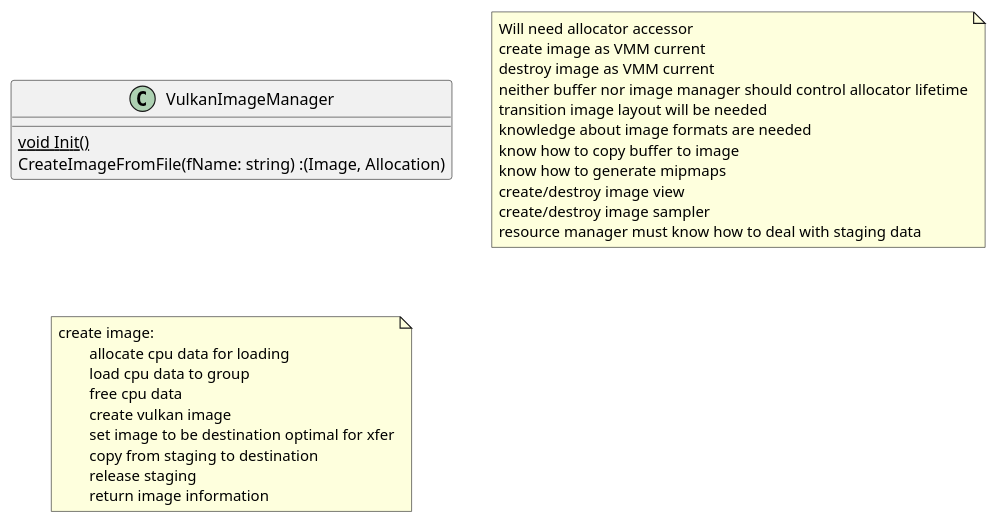
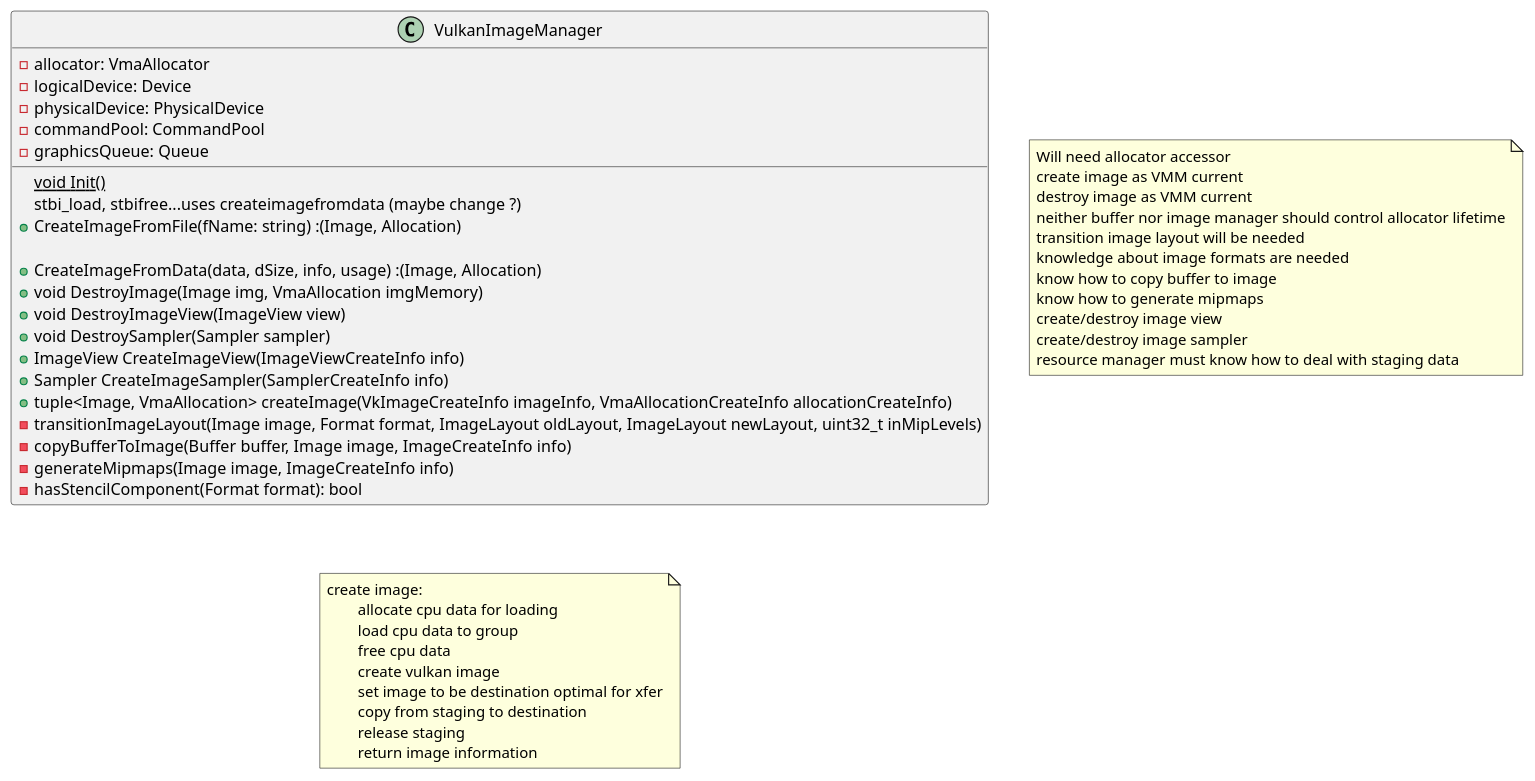
Before and after one commit to Eric-Brown/Rendering_Engine: the diagram in docs/pumls/VulkanImageManager.puml, drawn with PlantUML. The commit also changed 1 other file, not shown here.

```diff
--- a/docs/pumls/VulkanImageManager.puml
+++ b/docs/pumls/VulkanImageManager.puml
@@ -1,31 +1,48 @@
 @startuml VulkanImageManager
 class VulkanImageManager{
 	{static} void Init()
-	CreateImageFromFile(fName: string) :(Image, Allocation)
+	- allocator: VmaAllocator
+	- logicalDevice: Device
+	- physicalDevice: PhysicalDevice
+	- commandPool: CommandPool
+	- graphicsQueue: Queue
+	stbi_load, stbifree...uses createimagefromdata (maybe change ?)
+	+ CreateImageFromFile(fName: string) :(Image, Allocation)
 	
+	+ CreateImageFromData(data, dSize, info, usage) :(Image, Allocation)
+	+ void DestroyImage(Image img, VmaAllocation imgMemory)
+	+ void DestroyImageView(ImageView view)
+	+ void DestroySampler(Sampler sampler)
+	+ ImageView CreateImageView(ImageViewCreateInfo info)
+	+ Sampler CreateImageSampler(SamplerCreateInfo info)
+	+ tuple<Image, VmaAllocation> createImage(VkImageCreateInfo imageInfo, VmaAllocationCreateInfo allocationCreateInfo)
+	- transitionImageLayout(Image image, Format format, ImageLayout oldLayout, ImageLayout newLayout, uint32_t inMipLevels)
+	- copyBufferToImage(Buffer buffer, Image image, ImageCreateInfo info)
+	- generateMipmaps(Image image, ImageCreateInfo info)
+	- hasStencilComponent(Format format): bool
 }
 note as N1
 	Will need allocator accessor
 	create image as VMM current
 	destroy image as VMM current
 	neither buffer nor image manager should control allocator lifetime
 	transition image layout will be needed
 	knowledge about image formats are needed
 	know how to copy buffer to image
 	know how to generate mipmaps
 	create/destroy image view
 	create/destroy image sampler
 	resource manager must know how to deal with staging data
 end note
 note as N2
 	create image:
 		allocate cpu data for loading
 		load cpu data to group
 		free cpu data
 		create vulkan image
 		set image to be destination optimal for xfer
 		copy from staging to destination
 		release staging
 		return image information
 end note
 @enduml
```
